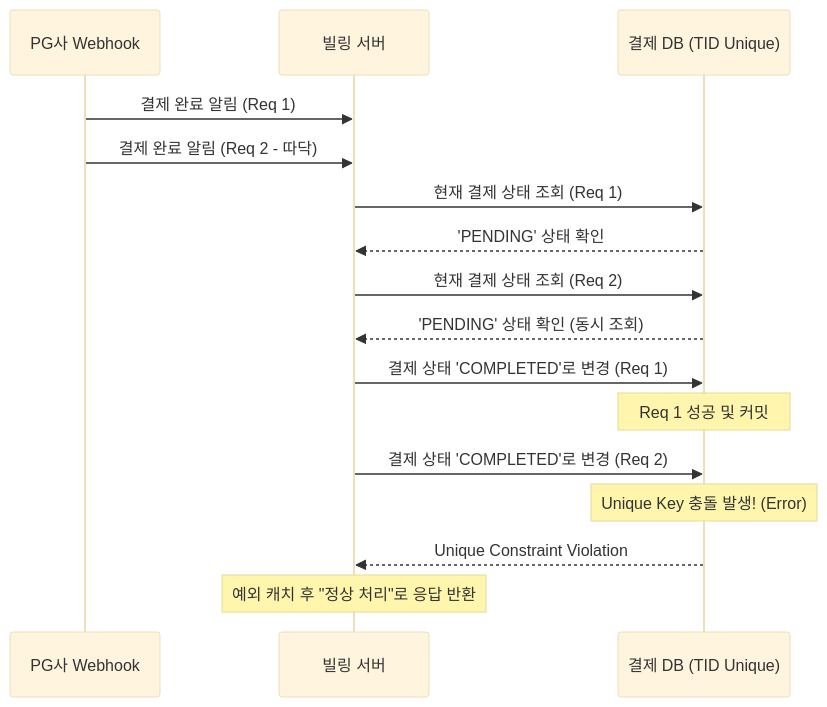
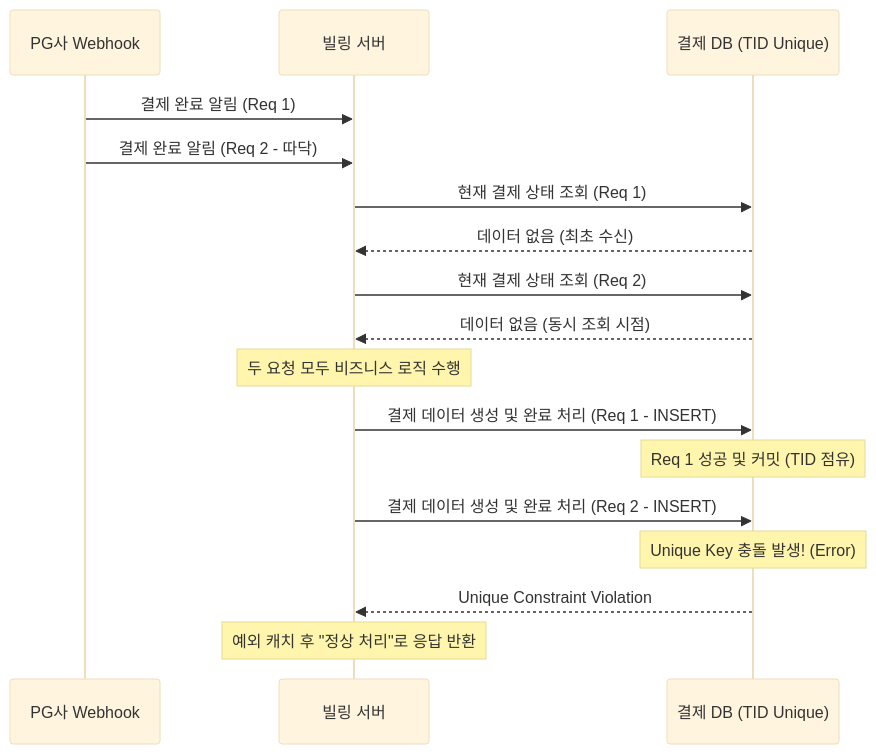
Before and after one commit to muzzaiwork/candidate: the diagram in troubleshooting/billing_webhook_concurrency_control.md, drawn with Mermaid (base theme). The commit also changed other lines of this file, not shown here.

Commit message:
docs: 최초 INSERT 시점의 동시성 제어 흐름 반영 및 설명 보강

````diff
--- a/troubleshooting/billing_webhook_concurrency_control.md
+++ b/troubleshooting/billing_webhook_concurrency_control.md
@@ -30,24 +29,26 @@
 ```mermaid
 sequenceDiagram
     participant PG as PG사 Webhook
     participant App as 빌링 서버
     participant DB as 결제 DB (TID Unique)
 
     PG->>App: 결제 완료 알림 (Req 1)
     PG->>App: 결제 완료 알림 (Req 2 - 따닥)
 
     App->>DB: 현재 결제 상태 조회 (Req 1)
-    DB-->>App: 'PENDING' 상태 확인
+    DB-->>App: 데이터 없음 (최초 수신)
 
     App->>DB: 현재 결제 상태 조회 (Req 2)
-    DB-->>App: 'PENDING' 상태 확인 (동시 조회)
+    DB-->>App: 데이터 없음 (동시 조회 시점)
 
-    App->>DB: 결제 상태 'COMPLETED'로 변경 (Req 1)
-    Note over DB: Req 1 성공 및 커밋
+    Note over App: 두 요청 모두 비즈니스 로직 수행
 
-    App->>DB: 결제 상태 'COMPLETED'로 변경 (Req 2)
+    App->>DB: 결제 데이터 생성 및 완료 처리 (Req 1 - INSERT)
+    Note over DB: Req 1 성공 및 커밋 (TID 점유)
+
+    App->>DB: 결제 데이터 생성 및 완료 처리 (Req 2 - INSERT)
     Note over DB: Unique Key 충돌 발생! (Error)
     
     DB-->>App: Unique Constraint Violation
     Note over App: 예외 캐치 후 "정상 처리"로 응답 반환
 ```
````
